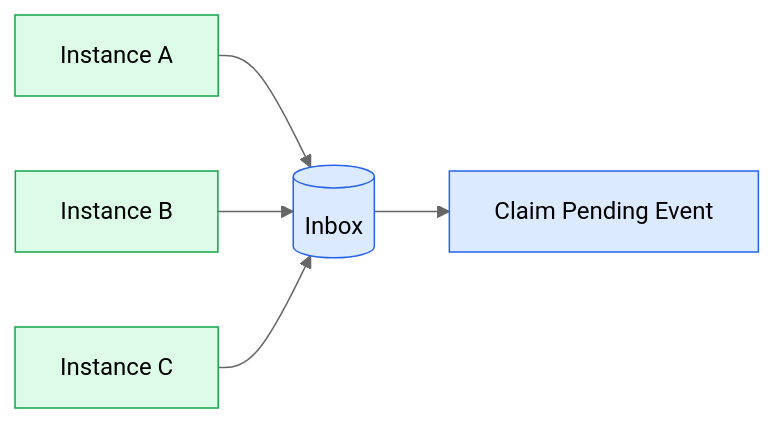
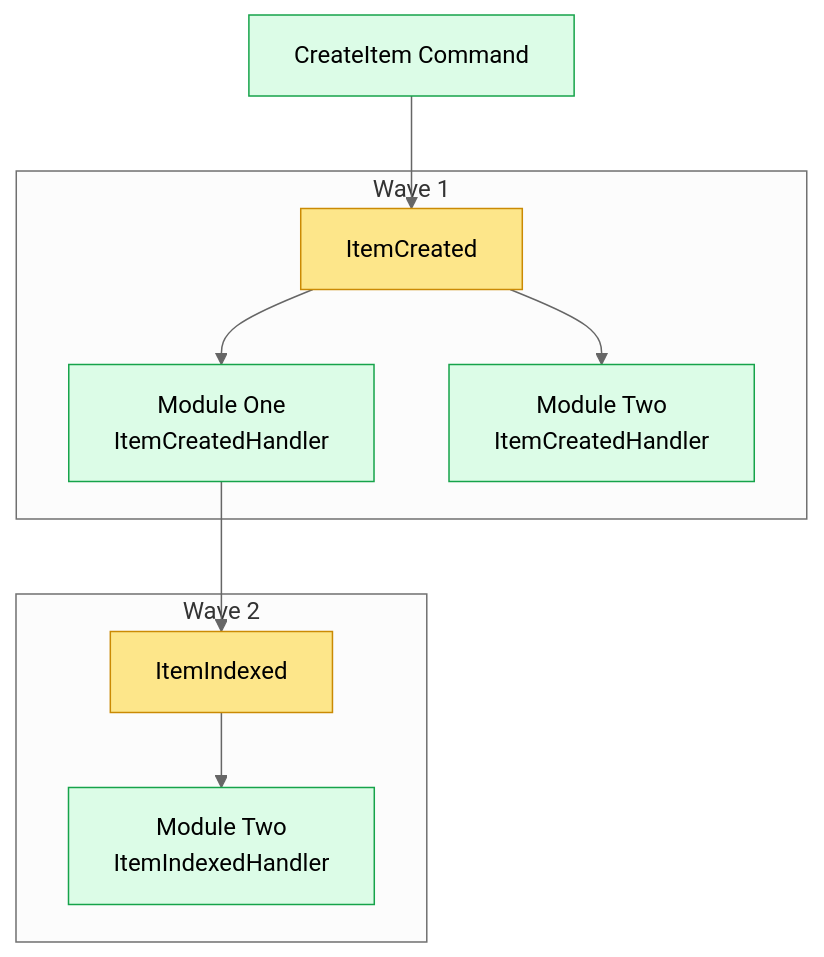
One commit to soufiane-rizk/Jobwize changed the second of 2 diagrams in docs/architecture/07-event-processing.md. Above: the diagram before and after it, drawn with Mermaid (neutral theme). The commit also changed other lines of this file and 10 other files, not shown here.

Commit message:
docs(architecture): document the new runtime architecture

````diff
--- a/docs/architecture/07-event-processing.md
+++ b/docs/architecture/07-event-processing.md
@@ -182,27 +160,41 @@
 ```mermaid
-flowchart LR
+flowchart TD
 
-    A["Instance A"]
+    A["CreateItem Command"]
 
-    B["Instance B"]
+    B["ItemCreated"]
 
-    C["Instance C"]
+    C["Module One<br/>ItemCreatedHandler"]
 
-    Inbox[(Inbox)]
+    D["Module Two<br/>ItemCreatedHandler"]
 
-    Event["Claim Pending Event"]
+    E["ItemIndexed"]
 
-    A --> Inbox
+    F["Module Two<br/>ItemIndexedHandler"]
 
-    B --> Inbox
+    subgraph W1["Wave 1"]
+        B
+        C
+        D
+    end
 
-    C --> Inbox
+    subgraph W2["Wave 2"]
+        E
+        F
+    end
 
-    Inbox --> Event
+    A --> B
 
-    classDef application fill:#dcfce7,stroke:#16a34a,color:#000;
-    classDef infrastructure fill:#dbeafe,stroke:#2563eb,color:#000;
+    B --> C
+    B --> D
 
-    class A,B,C application;
-    class Inbox,Event infrastructure;
+    C --> E
+
+    E --> F
+
+    classDef module fill:#dcfce7,stroke:#16a34a,color:#000;
+    classDef runtime fill:#fde68a,stroke:#ca8a04,color:#000;
+
+    class A,C,D,F module;
+    class B,E runtime;
 ```
````
